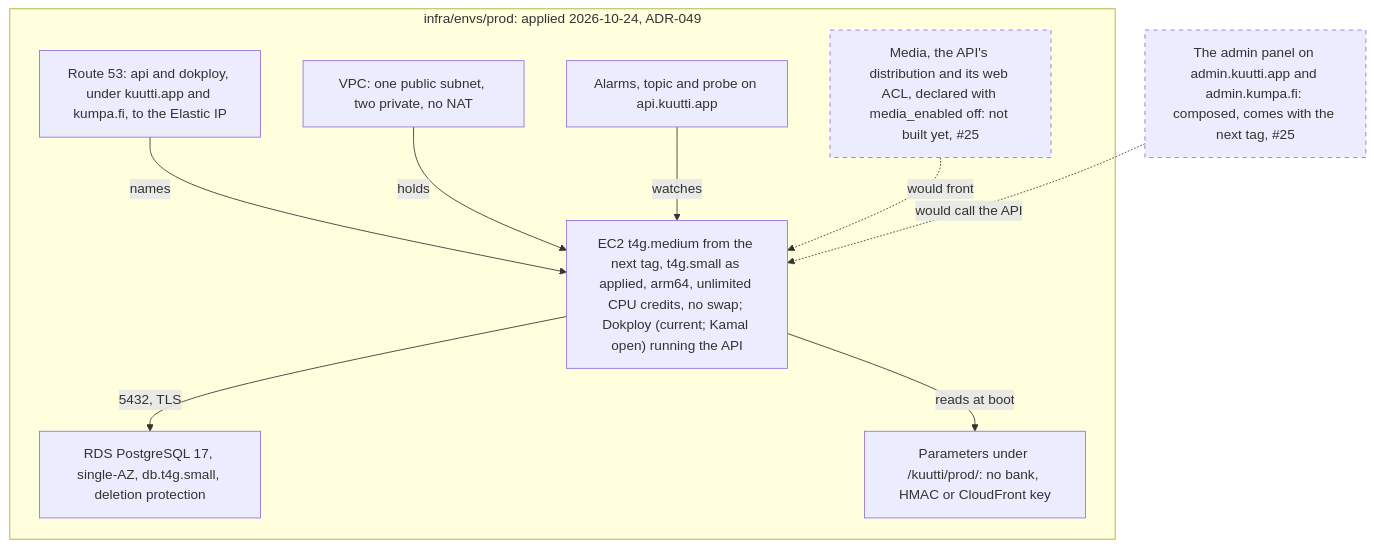
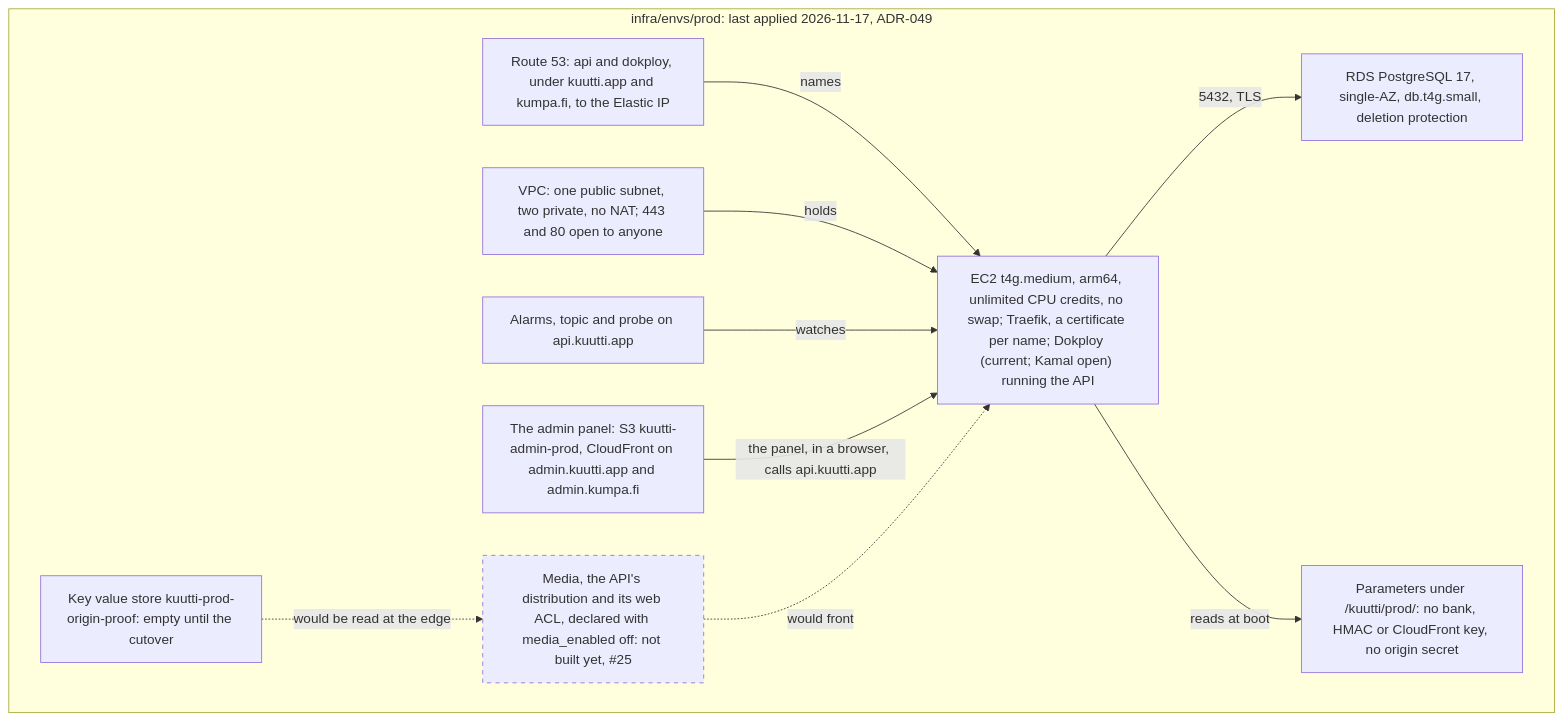
One commit to kuutti-ry/kumpa-app changed the fourth of 5 diagrams in docs/architecture/deployment.md. Above: the diagram before and after it, drawn with Mermaid. The commit also changed other lines of this file and 7 other files, not shown here.

````diff
--- a/docs/architecture/deployment.md
+++ b/docs/architecture/deployment.md
@@ -215,23 +215,25 @@
 ```mermaid
 flowchart TB
   accTitle: Deployment, part 5: production
-  accDescr: infra/envs/prod, applied on 2026-10-24 before the first release, composes the same network, box, database, alarms and parameters as staging, with a larger box from the next tag, a larger database class and deletion protection. Dokploy on the box runs one application, the API, pinned to a commit and with bank identification off. The media module is declared switched off; the admin panel's host is composed and comes with the next tag.
-  subgraph prodenv["infra/envs/prod: applied 2026-10-24, ADR-049"]
+  accDescr: infra/envs/prod, applied before the first release from rehearsal tags, the last on 2026-11-17, composes the same network, box, database, alarms and parameters as staging, with a larger box, a larger database class and deletion protection. api and dokploy, under kuutti.app and kumpa.fi, point at the box's Elastic IP, where Traefik holds a certificate for each name and Dokploy runs one application, the API, pinned to an attested commit and with bank identification off. The admin panel has its own bucket and distribution on admin.kuutti.app and admin.kumpa.fi, and calls the API. The store of the origin proof exists and is empty; the media module, with the API's distribution and its web ACL, is declared switched off.
+  subgraph prodenv["infra/envs/prod: last applied 2026-11-17, ADR-049"]
     n49["Route 53: api and dokploy, under kuutti.app and kumpa.fi, to the Elastic IP"]
-    n50["VPC: one public subnet, two private, no NAT"]
-    n51["EC2 t4g.medium from the next tag, t4g.small as applied, arm64, unlimited CPU credits, no swap; Dokploy (current; Kamal open) running the API"]
+    n50["VPC: one public subnet, two private, no NAT; 443 and 80 open to anyone"]
+    n51["EC2 t4g.medium, arm64, unlimited CPU credits, no swap; Traefik, a certificate per name; Dokploy (current; Kamal open) running the API"]
     n52["RDS PostgreSQL 17, single-AZ, db.t4g.small, deletion protection"]
-    n53["Parameters under /kuutti/prod/: no bank, HMAC or CloudFront key"]
+    n53["Parameters under /kuutti/prod/: no bank, HMAC or CloudFront key, no origin secret"]
     n54["Alarms, topic and probe on api.kuutti.app"]
+    n56["The admin panel: S3 kuutti-admin-prod, CloudFront on admin.kuutti.app and admin.kumpa.fi"]
+    n70["Key value store kuutti-prod-origin-proof: empty until the cutover"]
     n55["Media, the API's distribution and its web ACL, declared with media_enabled off: not built yet, #25"]:::notbuilt
   end
-  n56["The admin panel on admin.kuutti.app and admin.kumpa.fi: composed, comes with the next tag, #25"]:::notbuilt
   n49 -->|"names"| n51
   n50 -->|"holds"| n51
   n51 -->|"5432, TLS"| n52
   n51 -->|"reads at boot"| n53
   n54 -->|"watches"| n51
+  n56 -->|"the panel, in a browser, calls api.kuutti.app"| n51
+  n70 -.->|"would be read at the edge"| n55
   n55 -.->|"would front"| n51
-  n56 -.->|"would call the API"| n51
   classDef notbuilt stroke-dasharray: 5 5
 ```
````
